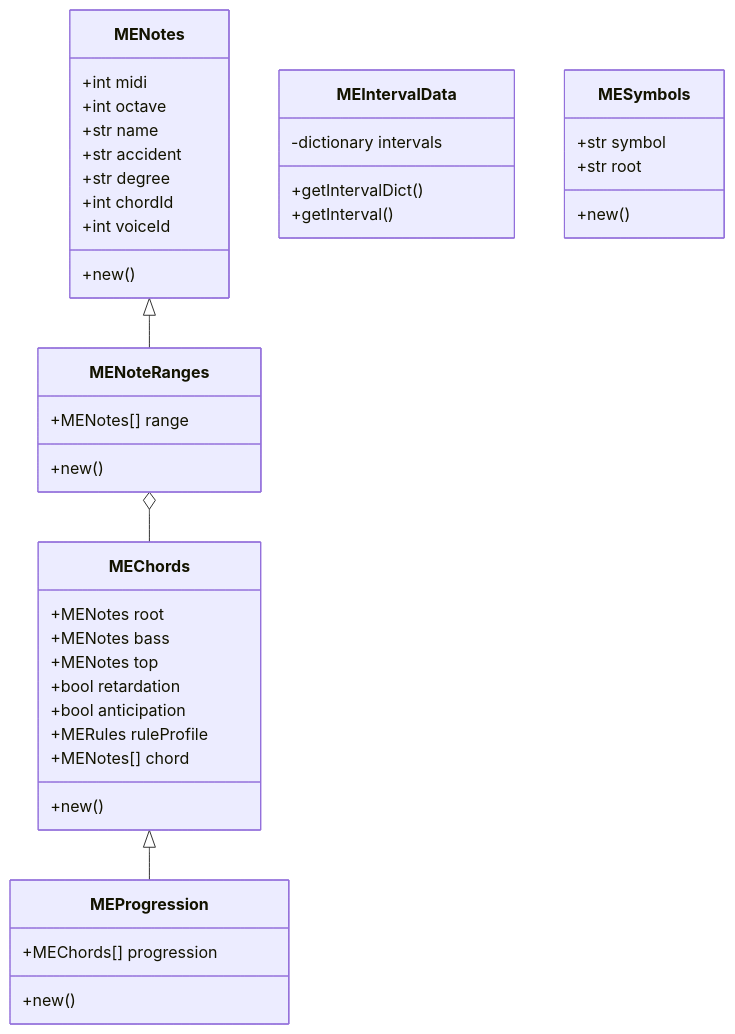
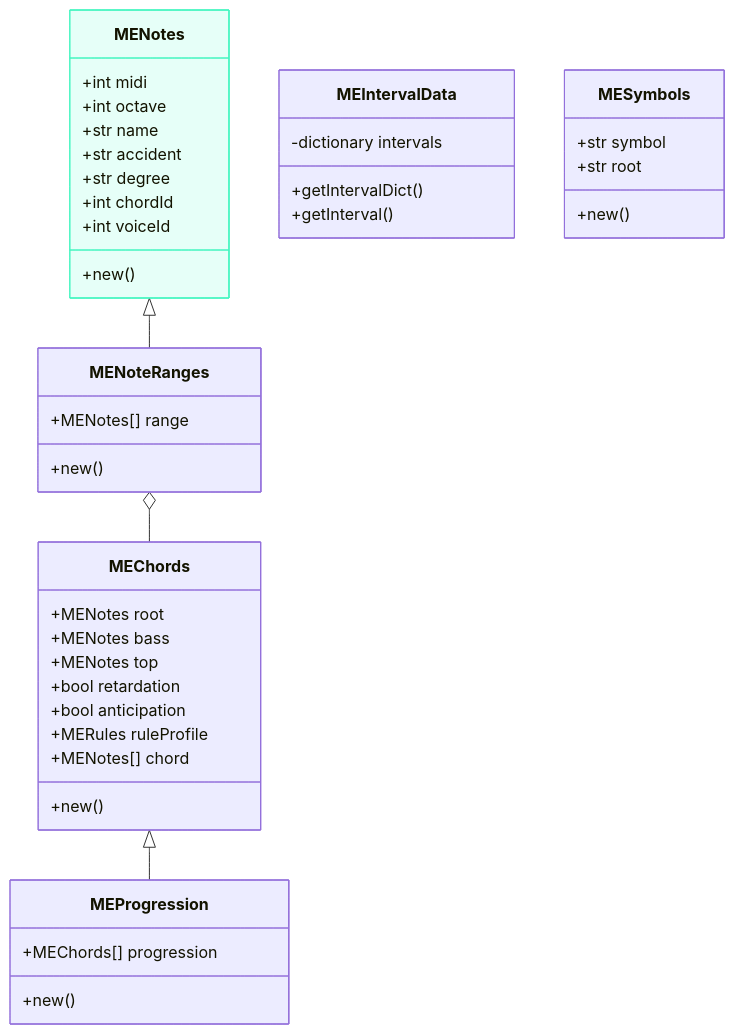
One commit to iamsiriil/sc_musicengine changed the diagram in README.md. Above: the diagram before and after it, drawn with Mermaid.

Commit message:
readme update

````diff
--- a/README.md
+++ b/README.md
@@ -11,58 +11,50 @@
 ```mermaid
 classDiagram
     MENotes <|-- MENoteRanges
     MENoteRanges o-- MEChords
     MEChords <|-- MEProgression
     class MENotes {
         +int midi
         +int octave
         +str name
         +str accident
         +str degree
         +int chordId
         +int voiceId
         +new()
     }
+    style MENotes stroke:#42f5bf,fill:#e6fff8
 
     class MENoteRanges {
         +MENotes[] range
         +new()
     }
 
     class MEIntervalData {
         -dictionary intervals
         +getIntervalDict()
         +getInterval()
     }
 
     class MESymbols {
         +str symbol
         +str root
         +new()
     }
 
     class MEChords {
         +MENotes root
         +MENotes bass
         +MENotes top
         +bool retardation
         +bool anticipation
         +MERules ruleProfile
         +MENotes[] chord
         +new()
     }
 
     class MEProgression {
         +MEChords[] progression
         +new()
     }
-
-    classDef musicengine stroke:#42f5bf,fill:#e6fff8
-    classDef harmonizer stroke:#42b3f5,fill:#e6f1ff
-    MENotes musicengine
-    MENoteRanges musicengine
-    MEIntervalData musicengine
-    MESymbols musicengine
-    MEChords musicengine
-    MEProgression harmonizer
 ```
````
